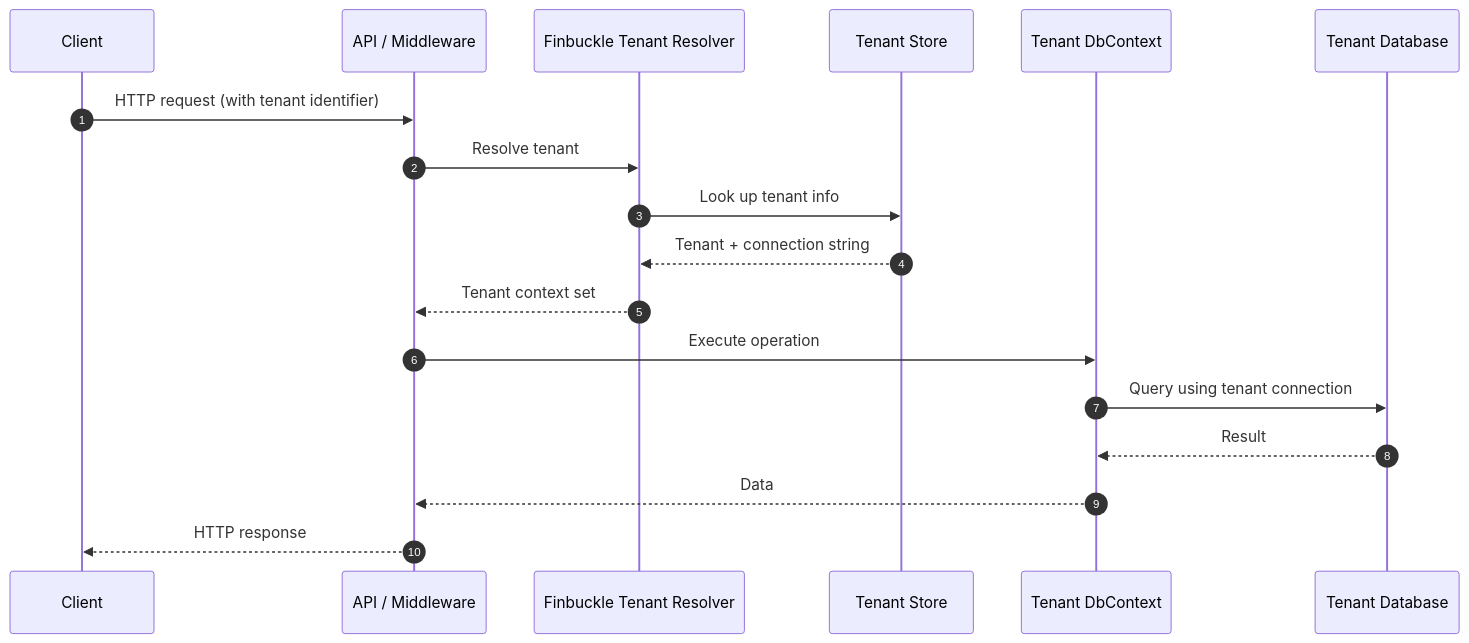
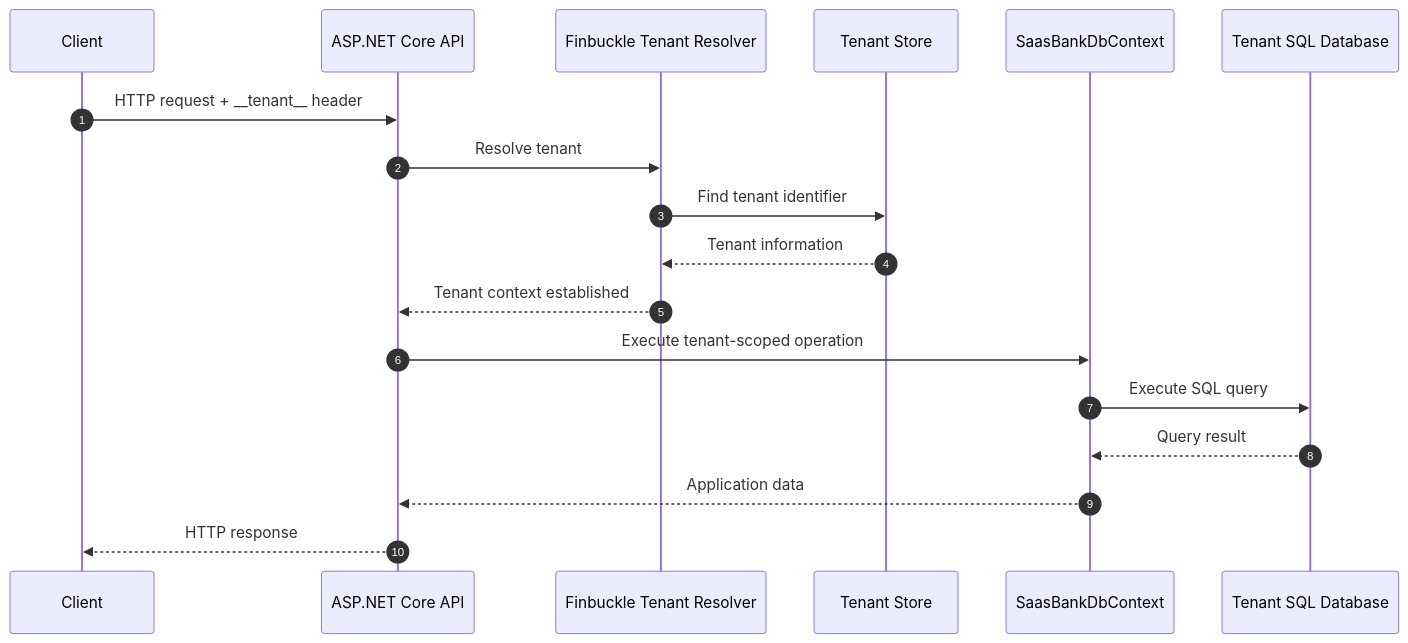
The fifth of 11 diagrams in README.md (collarfil/Saas-Micro-Finance), drawn with Mermaid before and after one commit. The commit also changed other lines of this file, not shown here.

````diff
--- a/README.md
+++ b/README.md
@@ -139,21 +396,21 @@
-```mermaid
+``` mermaid
 sequenceDiagram
     autonumber
-    participant C as Client
-    participant A as API / Middleware
-    participant F as Finbuckle Tenant Resolver
-    participant S as Tenant Store
-    participant D as Tenant DbContext
-    participant DB as Tenant Database
+    participant Client
+    participant API as ASP.NET Core API
+    participant MT as Finbuckle Tenant Resolver
+    participant Store as Tenant Store
+    participant Context as SaasBankDbContext
+    participant DB as Tenant SQL Database
 
-    C->>A: HTTP request (with tenant identifier)
-    A->>F: Resolve tenant
-    F->>S: Look up tenant info
-    S-->>F: Tenant + connection string
-    F-->>A: Tenant context set
-    A->>D: Execute operation
-    D->>DB: Query using tenant connection
-    DB-->>D: Result
-    D-->>A: Data
-    A-->>C: HTTP response
+    Client->>API: HTTP request + __tenant__ header
+    API->>MT: Resolve tenant
+    MT->>Store: Find tenant identifier
+    Store-->>MT: Tenant information
+    MT-->>API: Tenant context established
+    API->>Context: Execute tenant-scoped operation
+    Context->>DB: Execute SQL query
+    DB-->>Context: Query result
+    Context-->>API: Application data
+    API-->>Client: HTTP response
 ```
````
